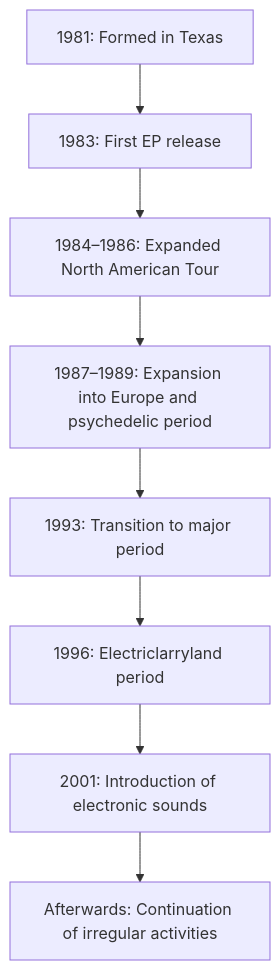
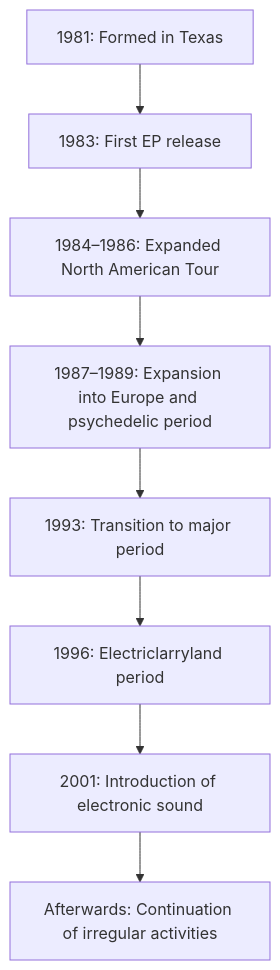
One commit to monumental-movement/monumental-movement.github.io changed diagram 18 of 18 in en/_posts/2025-11-22-column-butthole-surfers.md. Above: the diagram before and after it, drawn with Mermaid. The commit also changed 419 other files, not shown here.

```diff
--- a/en/_posts/2025-11-22-column-butthole-surfers.md
+++ b/en/_posts/2025-11-22-column-butthole-surfers.md
@@ -427,10 +427,10 @@
 <div class="mermaid">
 flowchart TD
     A["1981: Formed in Texas"] --> B["1983: First EP release"]
     B --> C["1984–1986: Expanded North American Tour"]
     C --> D["1987–1989: Expansion into Europe and psychedelic period"]
     D --> E["1993: Transition to major period"]
     E --> F["1996: Electriclarryland period"]
-    F --> G["2001: Introduction of electronic sounds"]
+    F --> G["2001: Introduction of electronic sound"]
     G --> H["Afterwards: Continuation of irregular activities"]
 </div>
```
